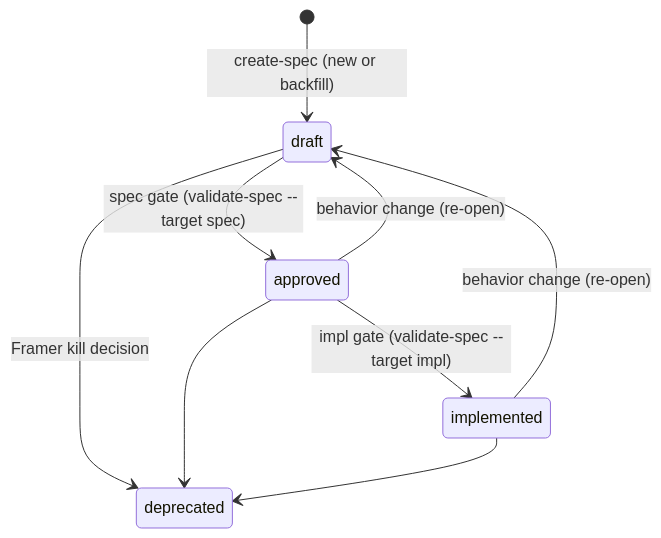
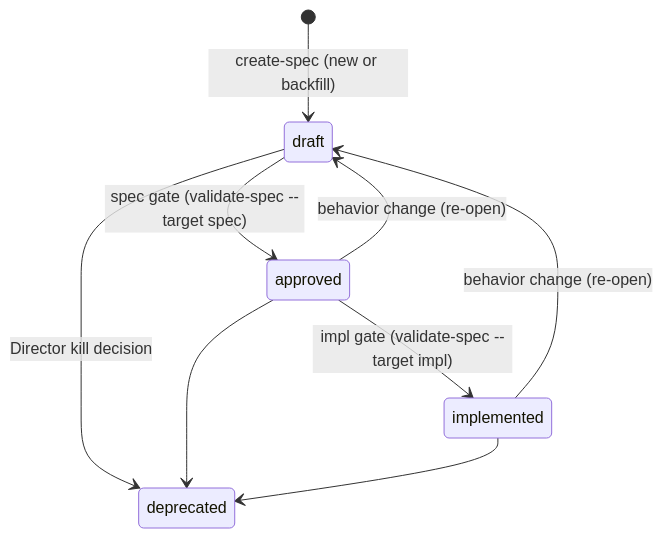
Before and after one commit to cyberuni/cyber-sdd: the diagram in plugins/sdd/skills/lifecycle-governance/SKILL.md, drawn with Mermaid. The commit also changed 15 other files, not shown here.

First line of the commit message:
refactor: rename actors Framer->Director and Curator->Strategist

````diff
--- a/plugins/sdd/skills/lifecycle-governance/SKILL.md
+++ b/plugins/sdd/skills/lifecycle-governance/SKILL.md
@@ -83,11 +83,11 @@
 ```mermaid
 stateDiagram-v2
     [*] --> draft: create-spec (new or backfill)
     draft --> approved: spec gate (validate-spec --target spec)
     approved --> implemented: impl gate (validate-spec --target impl)
     approved --> draft: behavior change (re-open)
     implemented --> draft: behavior change (re-open)
-    draft --> deprecated: Framer kill decision
+    draft --> deprecated: Director kill decision
     approved --> deprecated
     implemented --> deprecated
 ```
````
